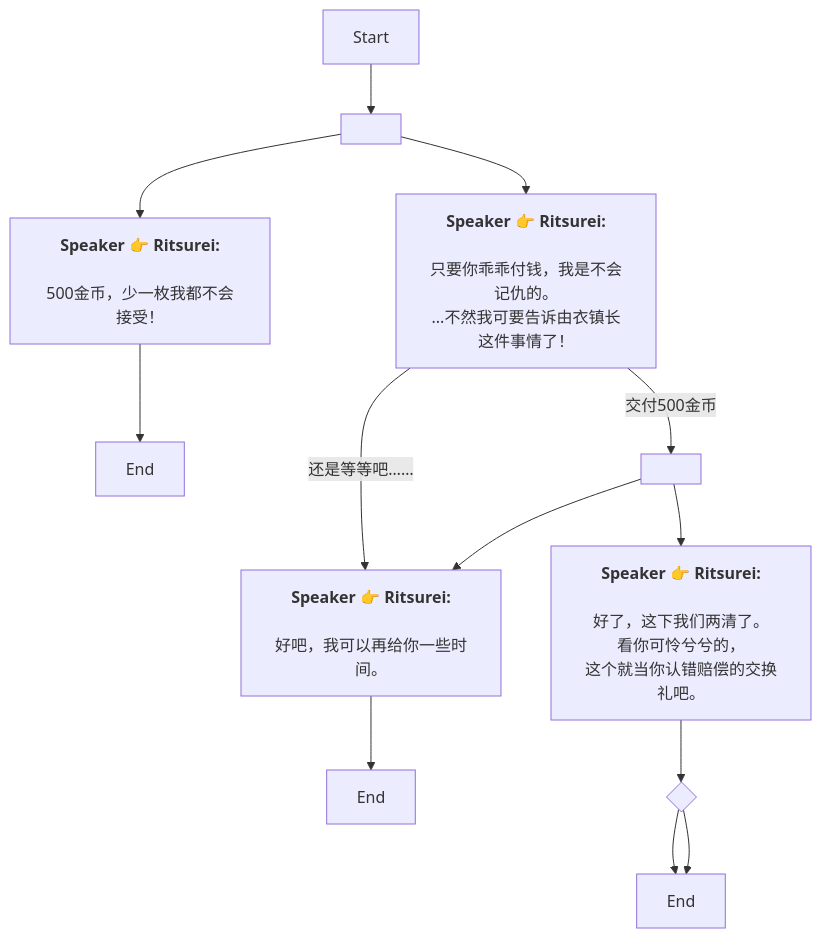
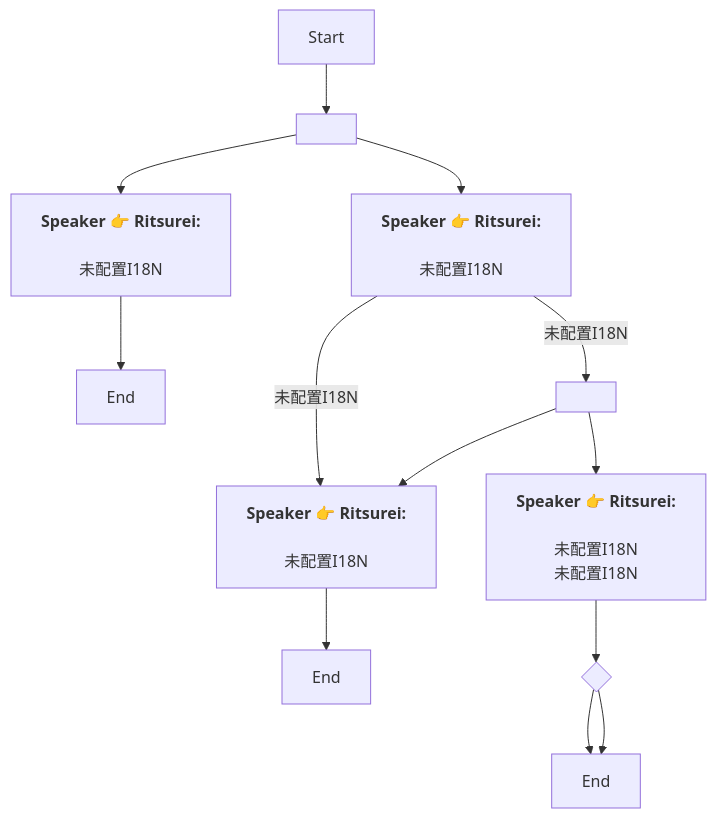
One commit to SoftHu/tos_avg changed the diagram in Zh/QuestTalkObjectiveNode_1739145281838423.md. Above: the diagram before and after it, drawn with Mermaid. The commit also changed 730 other files, not shown here.

````diff
--- a/Zh/QuestTalkObjectiveNode_1739145281838423.md
+++ b/Zh/QuestTalkObjectiveNode_1739145281838423.md
@@ -1,23 +1,21 @@
 ```mermaid
 graph
 Start -->1739411791792326[ ]
 1739411791792326 -->1739146462102898[<b>Speaker 👉 Ritsurei:</b>
-\n500金币，少一枚我都不会接受！]
+\n未配置I18N]
 1739411791792326 -->1739145508784474[<b>Speaker 👉 Ritsurei:</b>
-\n只要你乖乖付钱，我是不会记仇的。
-...不然我可要告诉由衣镇长这件事情了！]
-1739145508784474 -->|还是等等吧……|1739145810487649[<b>Speaker 👉 Ritsurei:</b>
-\n好吧，我可以再给你一些时间。]
-1739145508784474 -->|交付500金币|1739145581540699[ ]
+\n未配置I18N]
+1739145508784474 -->|未配置I18N|1739145810487649[<b>Speaker 👉 Ritsurei:</b>
+\n未配置I18N]
+1739145508784474 -->|未配置I18N|1739145581540699[ ]
 1739145581540699 -->1739145810487649[<b>Speaker 👉 Ritsurei:</b>
-\n好吧，我可以再给你一些时间。]
+\n未配置I18N]
 1739145581540699 -->1739145858092387[<b>Speaker 👉 Ritsurei:</b>
-\n好了，这下我们两清了。\n看你可怜兮兮的，
-这个就当你认错赔偿的交换礼吧。]
+\n未配置I18N\n未配置I18N]
 1739145858092387 -->1770734707650649{ }
 1770734707650649 -->1739146078617956[End]
 1770734707650649 -->1739146078617956[End]
 1739145810487649 -->1739145852275042[End]
 1739146462102898 -->1739146492336499[End]
 
 ```
````
